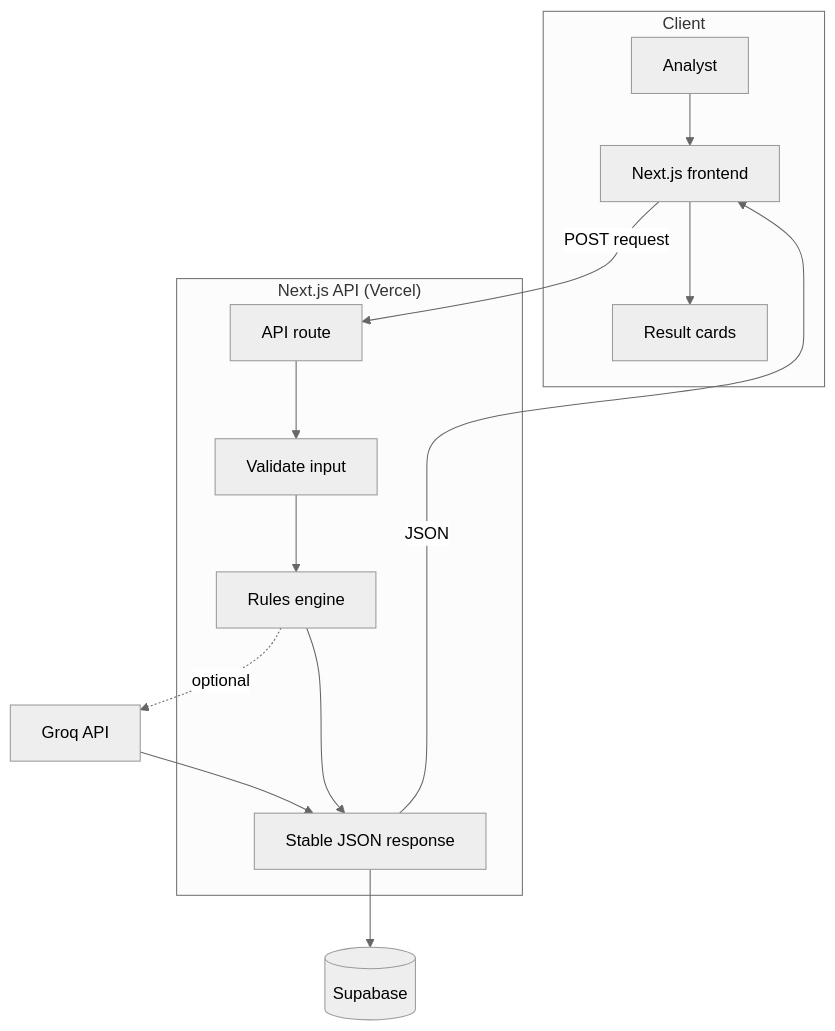
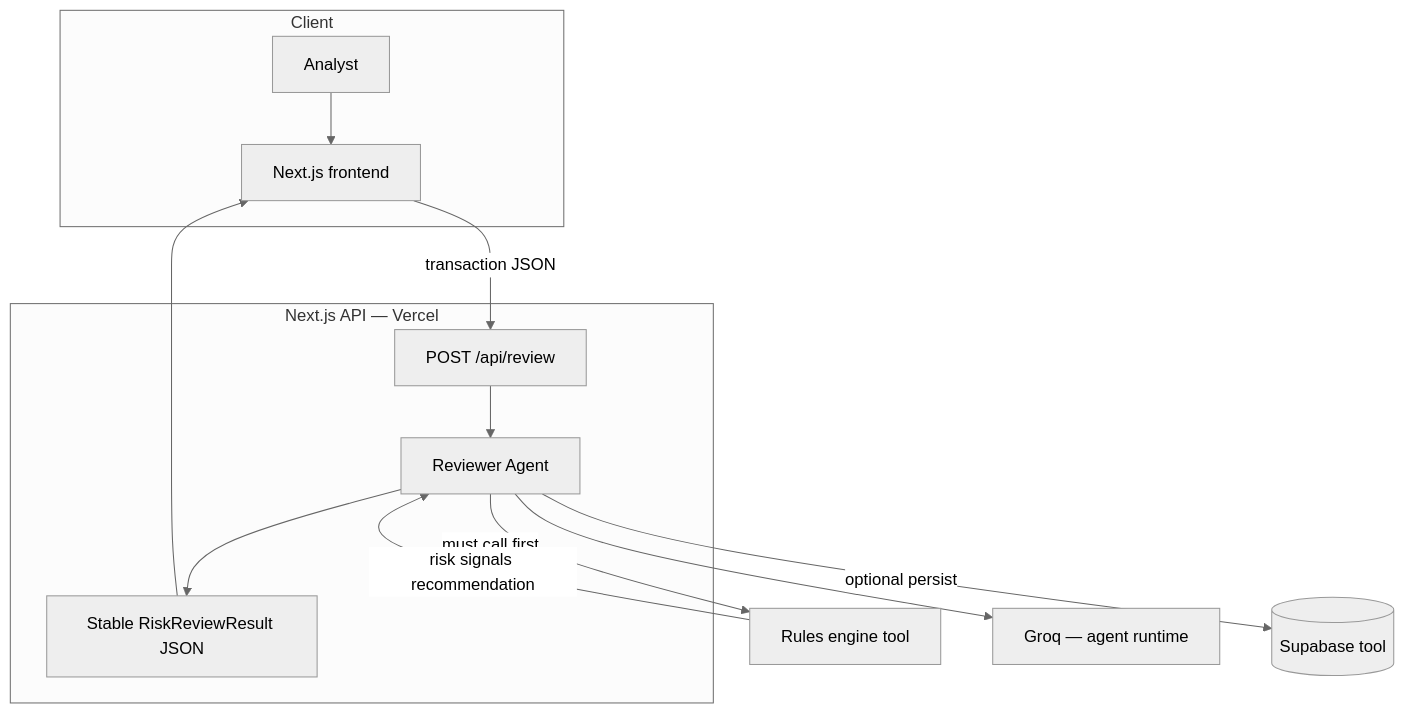
One commit to Volodymyr199606/payment-risk-reviewer changed the first of 6 diagrams in README.md. Above: the diagram before and after it, drawn with Mermaid (neutral theme). The commit also changed other lines of this file and 4 other files, not shown here.

First line of the commit message:
Add Reviewer Agent orchestration, docs, and README architecture

````diff
--- a/README.md
+++ b/README.md
@@ -31,28 +34,27 @@
 ```mermaid
 flowchart TD
     subgraph Client
         U[Analyst]
         FE[Next.js frontend]
-        RC[Result cards]
     end
 
-    subgraph Server["Next.js API (Vercel)"]
-        AR[API route]
-        V[Validate input]
-        RE[Rules engine]
-        MJ[Stable JSON response]
+    subgraph Server["Next.js API — Vercel"]
+        AR[POST /api/review]
+        AG[Reviewer Agent]
+        MJ[Stable RiskReviewResult JSON]
     end
 
-    GQ[Groq API]
-    DB[(Supabase)]
+    RE[Rules engine tool]
+    GQ[Groq — agent runtime]
+    DB[(Supabase tool)]
 
     U --> FE
-    FE -->|POST request| AR
-    AR --> V --> RE
-    RE -.->|optional| GQ
-    RE --> MJ
-    GQ --> MJ
-    MJ --> DB
-    MJ -->|JSON| FE
-    FE --> RC
+    FE -->|transaction JSON| AR
+    AR --> AG
+    AG --> GQ
+    AG -->|must call first| RE
+    RE -->|risk signals recommendation| AG
+    AG -->|optional persist| DB
+    AG --> MJ
+    MJ --> FE
 ```
````
